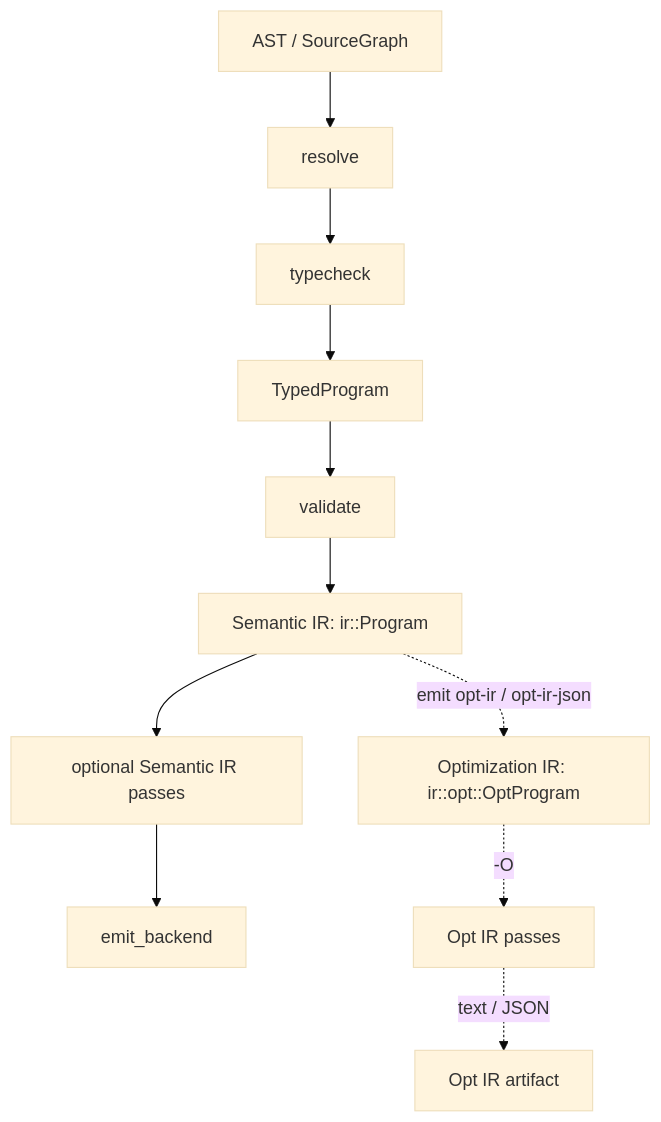
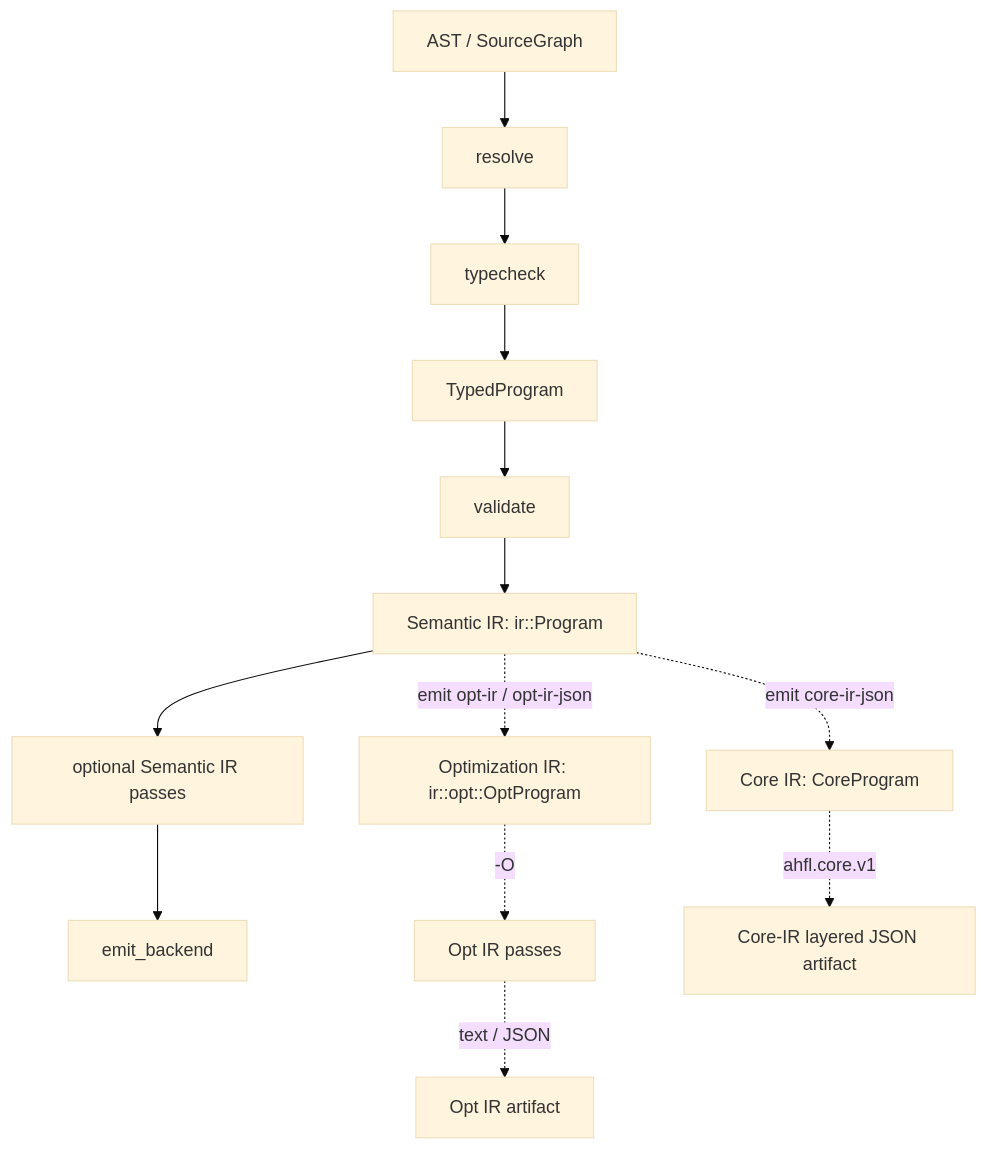
The diagram in docs/design/ir-backend-architecture.zh.md (Zzzode/AHFL), drawn with Mermaid (base theme) before and after one commit. The commit also changed other lines of this file and 17 other files, not shown here.

First line of the commit message:
feat(cli): wire emit core-ir-json through the backend driver and mark the single-layer projection deprecated (KR6.9-B4)

````diff
--- a/docs/design/ir-backend-architecture.zh.md
+++ b/docs/design/ir-backend-architecture.zh.md
@@ -26,13 +26,15 @@
 ```mermaid
 flowchart TD
     Source[AST / SourceGraph] --> Resolve[resolve]
     Resolve --> Typecheck[typecheck]
     Typecheck --> TypedHIR[TypedProgram]
     TypedHIR --> Validate[validate]
     Validate --> SemanticIR[Semantic IR: ir::Program]
     SemanticIR --> SemanticPasses[optional Semantic IR passes]
     SemanticPasses --> Backend[emit_backend]
     SemanticIR -. "emit opt-ir / opt-ir-json" .-> OptIR[Optimization IR: ir::opt::OptProgram]
     OptIR -. "-O" .-> OptPasses[Opt IR passes]
     OptPasses -. "text / JSON" .-> OptArtifact[Opt IR artifact]
+    SemanticIR -. "emit core-ir-json" .-> CoreIR[Core IR: CoreProgram]
+    CoreIR -. "ahfl.core.v1" .-> CoreArtifact[Core-IR layered JSON artifact]
 ```
````
